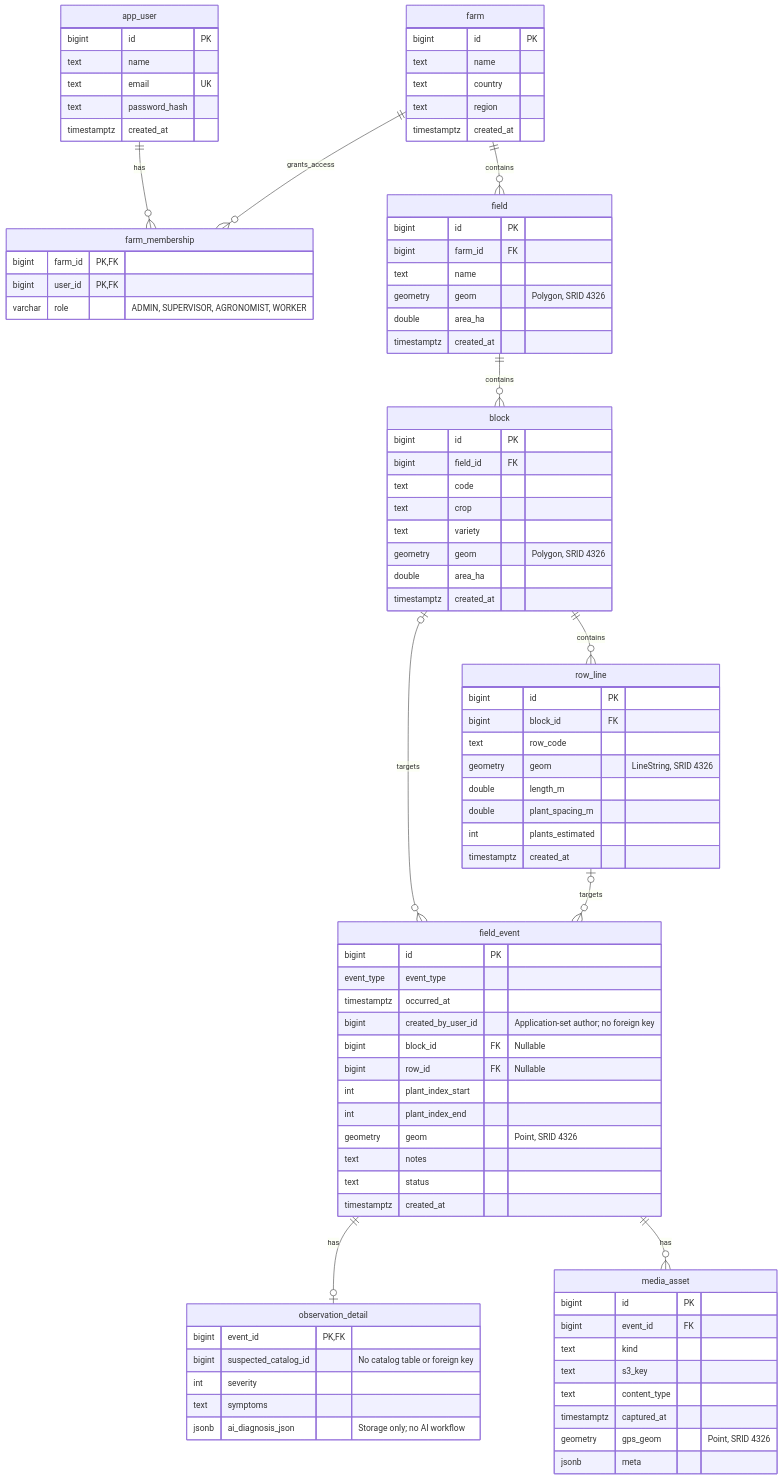
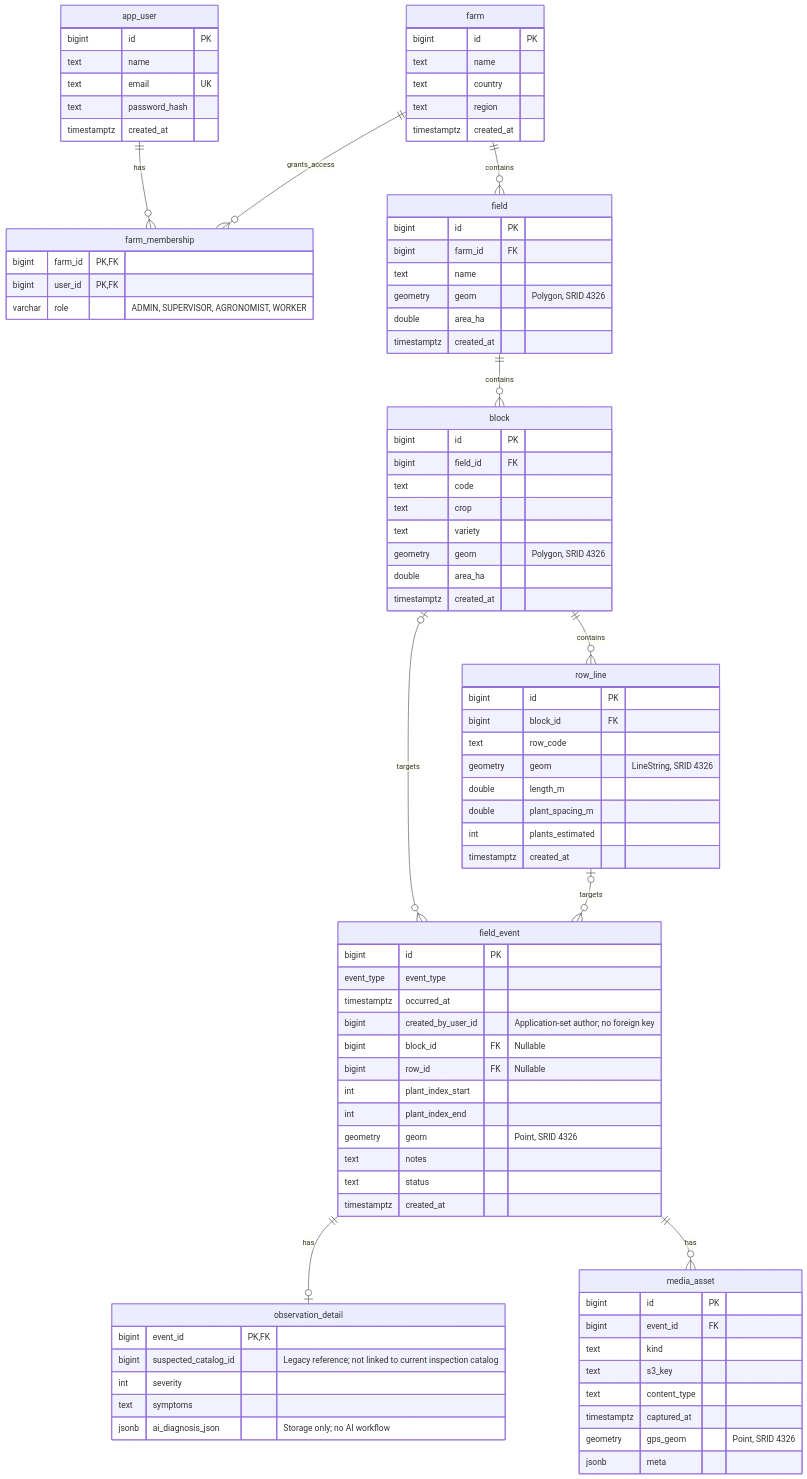
The first of 4 diagrams in README.md (danielcontrerasm/agro-core), drawn with Mermaid before and after one commit. The commit also changed other lines of this file and 32 other files, not shown here.

```diff
--- a/README.md
+++ b/README.md
@@ -414,7 +465,7 @@
   }
   observation_detail {
     bigint event_id PK, FK
-    bigint suspected_catalog_id "No catalog table or foreign key"
+    bigint suspected_catalog_id "Legacy reference; not linked to current inspection catalog"
     int severity
     text symptoms
     jsonb ai_diagnosis_json "Storage only; no AI workflow"
```
